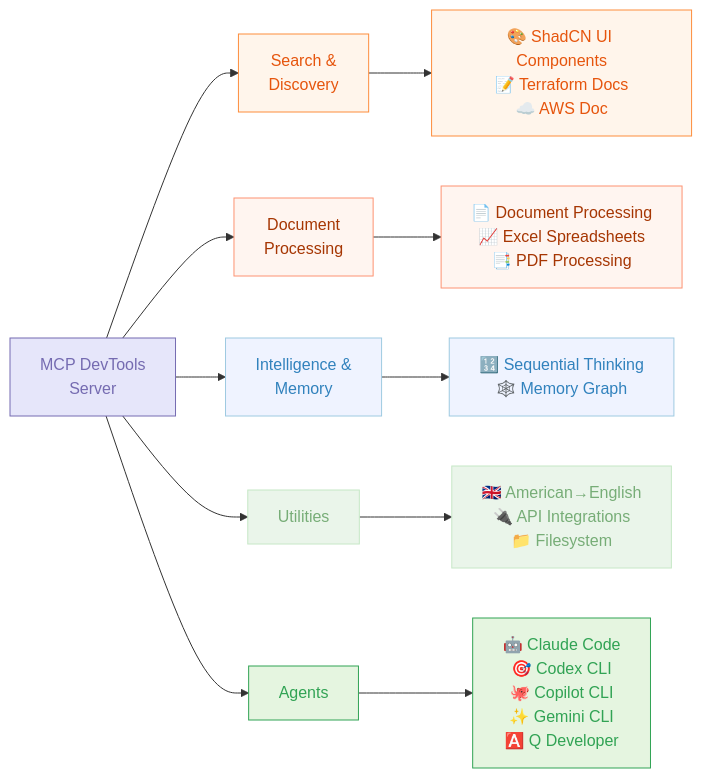
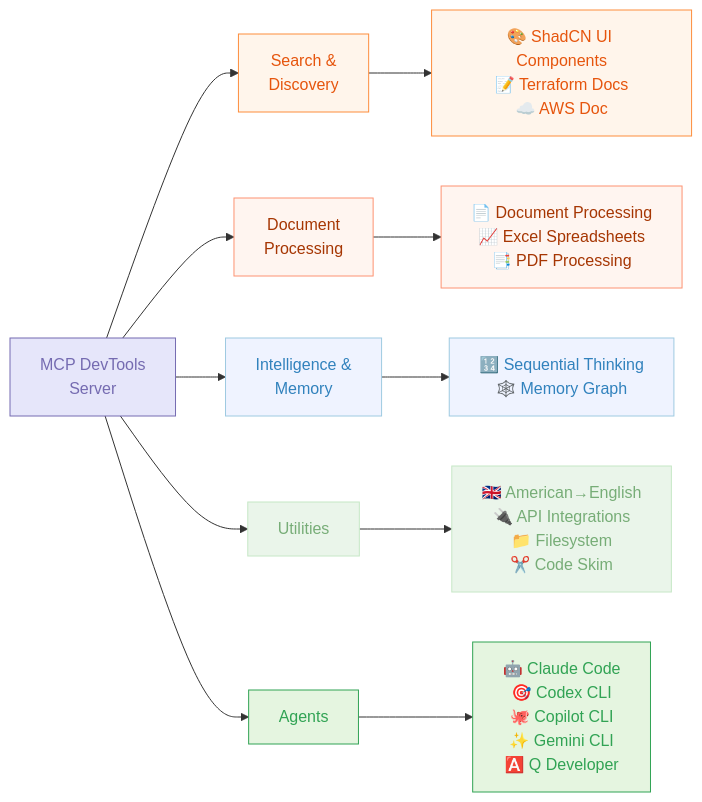
The second of 2 diagrams in README.md (sammcj/mcp-devtools), drawn with Mermaid before and after one commit. The commit also changed other lines of this file and 18 other files, not shown here.

Commit message:
feat: new tool - code_skim

````diff
--- a/README.md
+++ b/README.md
@@ -34,34 +34,34 @@
 ```mermaid
 graph LR
     A[MCP DevTools<br>Server]
 
     A --> B[Search &<br>Discovery]
     A --> C[Document<br>Processing]
     A --> E[Intelligence &<br>Memory]
     A --> F[Utilities]
     A --> G[Agents]
 
     B --> B_Tools[🎨 ShadCN UI Components<br>📝 Terraform Docs<br>☁️ AWS Doc]
 
     C --> C_Tools[📄 Document Processing<br>📈 Excel Spreadsheets<br>📑 PDF Processing]
 
     E --> E_Tools[🔢 Sequential Thinking<br>🕸️ Memory Graph]
 
-    F --> F_Tools[🇬🇧 American→English<br>🔌 API Integrations<br>📁 Filesystem]
+    F --> F_Tools[🇬🇧 American→English<br>🔌 API Integrations<br>📁 Filesystem<br>✂️ Code Skim]
 
     G --> G_Tools[🤖 Claude Code<br>🎯 Codex CLI<br>🐙 Copilot CLI<br>✨ Gemini CLI<br>🅰️ Q Developer]
 
     classDef components fill:#E6E6FA,stroke:#756BB1,color:#756BB1
     classDef llm fill:#E5F5E0,stroke:#31A354,color:#31A354
     classDef process fill:#EAF5EA,stroke:#C6E7C6,color:#77AD77
     classDef data fill:#EFF3FF,stroke:#9ECAE1,color:#3182BD
     classDef decision fill:#FFF5EB,stroke:#FD8D3C,color:#E6550D
     classDef api fill:#FFF5F0,stroke:#FD9272,color:#A63603
 
     class A components
     class B,B_Tools decision
     class C,C_Tools api
     class E,E_Tools data
     class F,F_Tools process
     class G,G_Tools llm
 ```
````
